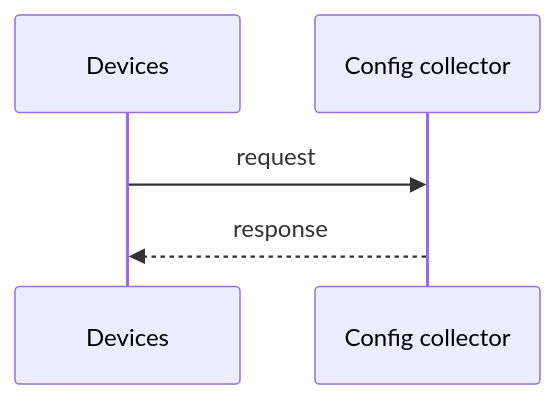
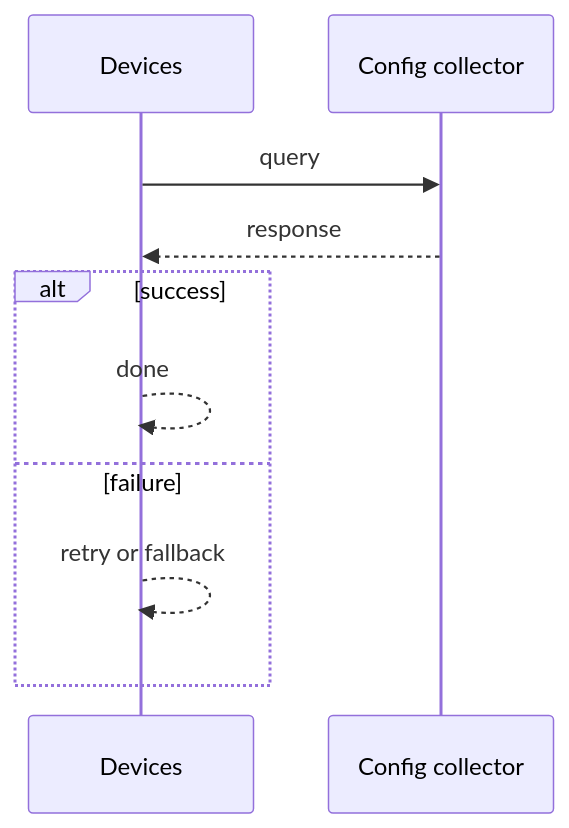
The second of 3 diagrams in case-studies/network-ai-systems/configuration-drift-detection.md (RIT-MESH/system-design-mastery), drawn with Mermaid before and after one commit. The commit also changed other lines of this file and 215 other files, not shown here.

First line of the commit message:
Complete all remaining work: expand case studies, add 13 AI case studies, fix diagrams, status to Complete

````diff
--- a/case-studies/network-ai-systems/configuration-drift-detection.md
+++ b/case-studies/network-ai-systems/configuration-drift-detection.md
@@ -23,8 +24,13 @@
 ```mermaid
-%% origin: original to system-design-mastery
+%% created-for: system-design-mastery
 sequenceDiagram
   participant P0 as Devices
   participant P1 as Config collector
-  P0 ->> P1: request
+  P0 ->> P1: query
   P1 -->> P0: response
+  alt success
+    P0 -->> P0: done
+  else failure
+    P0 -->> P0: retry or fallback
+  end
 ```
````
